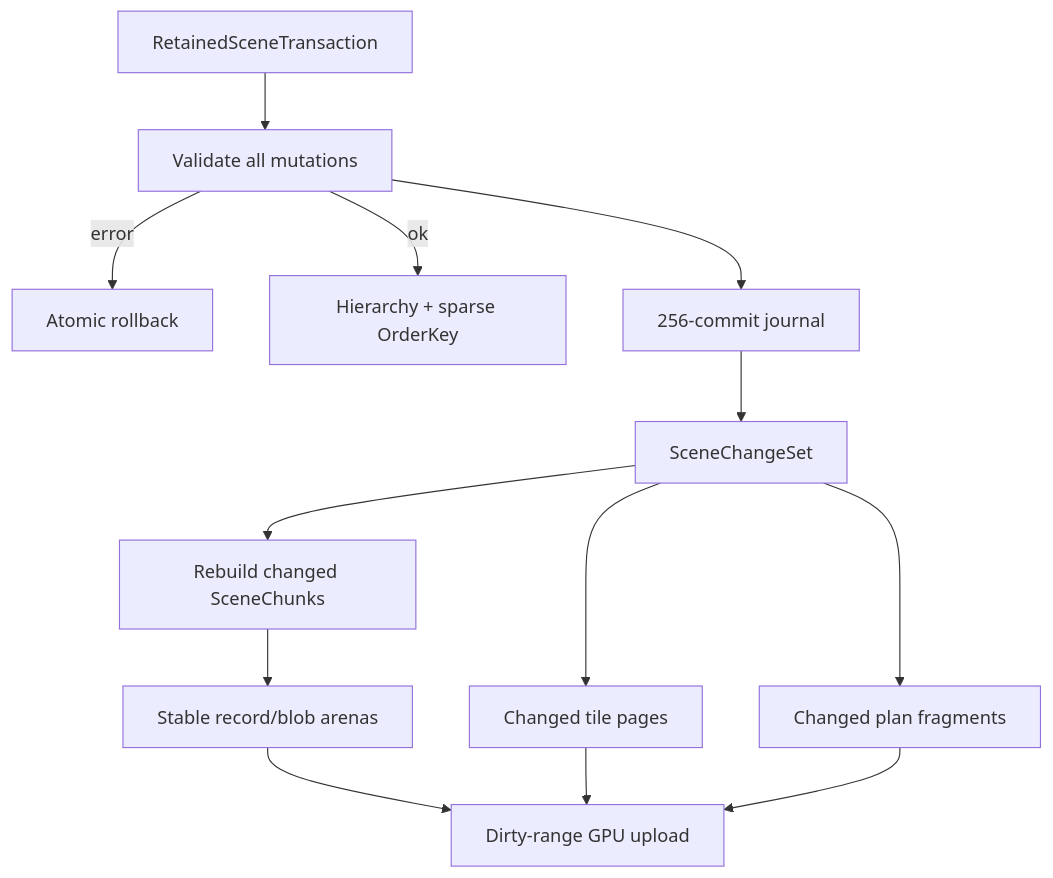
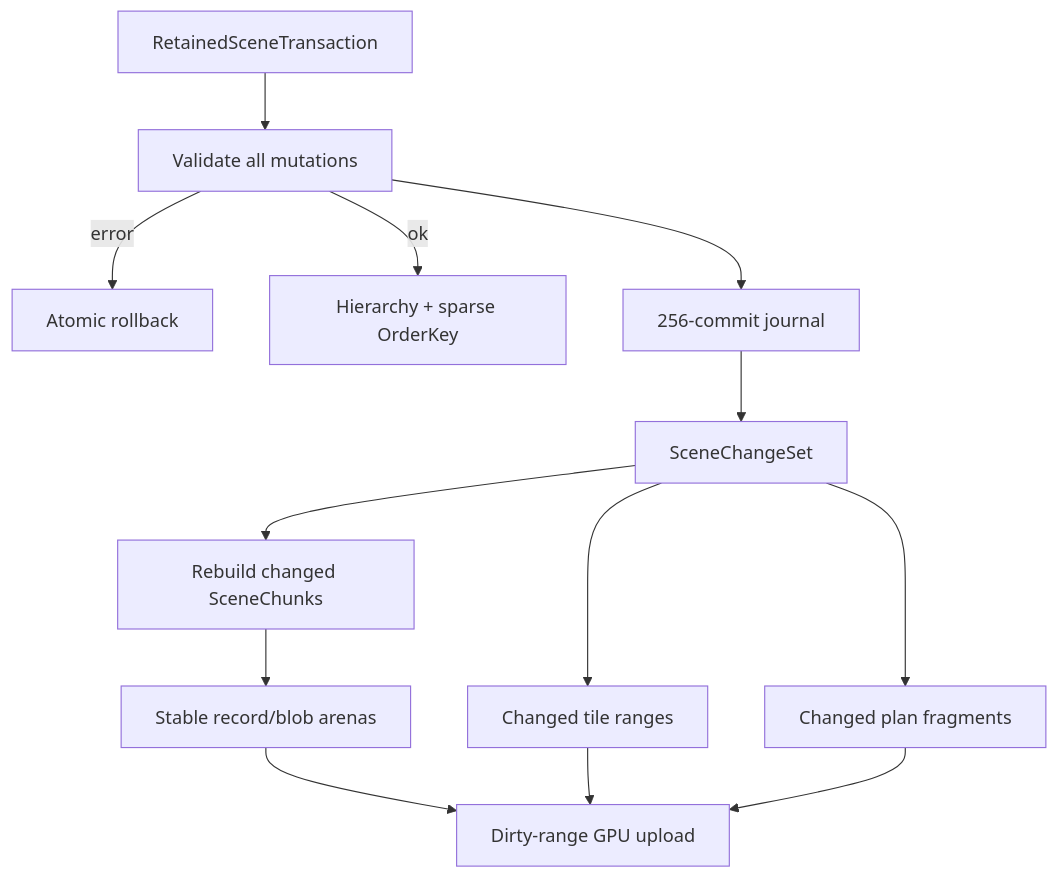
Before and after one commit to Jianqoq/tileink: the diagram in website/docs/architecture/retained-scene.md, drawn with Mermaid. The commit also changed other lines of this file and 4847 other files, not shown here.

````diff
--- a/website/docs/architecture/retained-scene.md
+++ b/website/docs/architecture/retained-scene.md
@@ -10,15 +10,15 @@
 ```mermaid
 flowchart TB
   Tx[RetainedSceneTransaction] --> Validate[Validate all mutations]
   Validate -->|error| Rollback[Atomic rollback]
   Validate -->|ok| Graph[Hierarchy + sparse OrderKey]
   Validate --> Journal[256-commit journal]
   Journal --> Changed[SceneChangeSet]
   Changed --> Chunk[Rebuild changed SceneChunks]
   Chunk --> Arena[Stable record/blob arenas]
-  Changed --> Pages[Changed tile pages]
+  Changed --> Pages[Changed tile ranges]
   Changed --> Fragments[Changed plan fragments]
   Arena --> GPU[Dirty-range GPU upload]
   Pages --> GPU
   Fragments --> GPU
 ```
````
